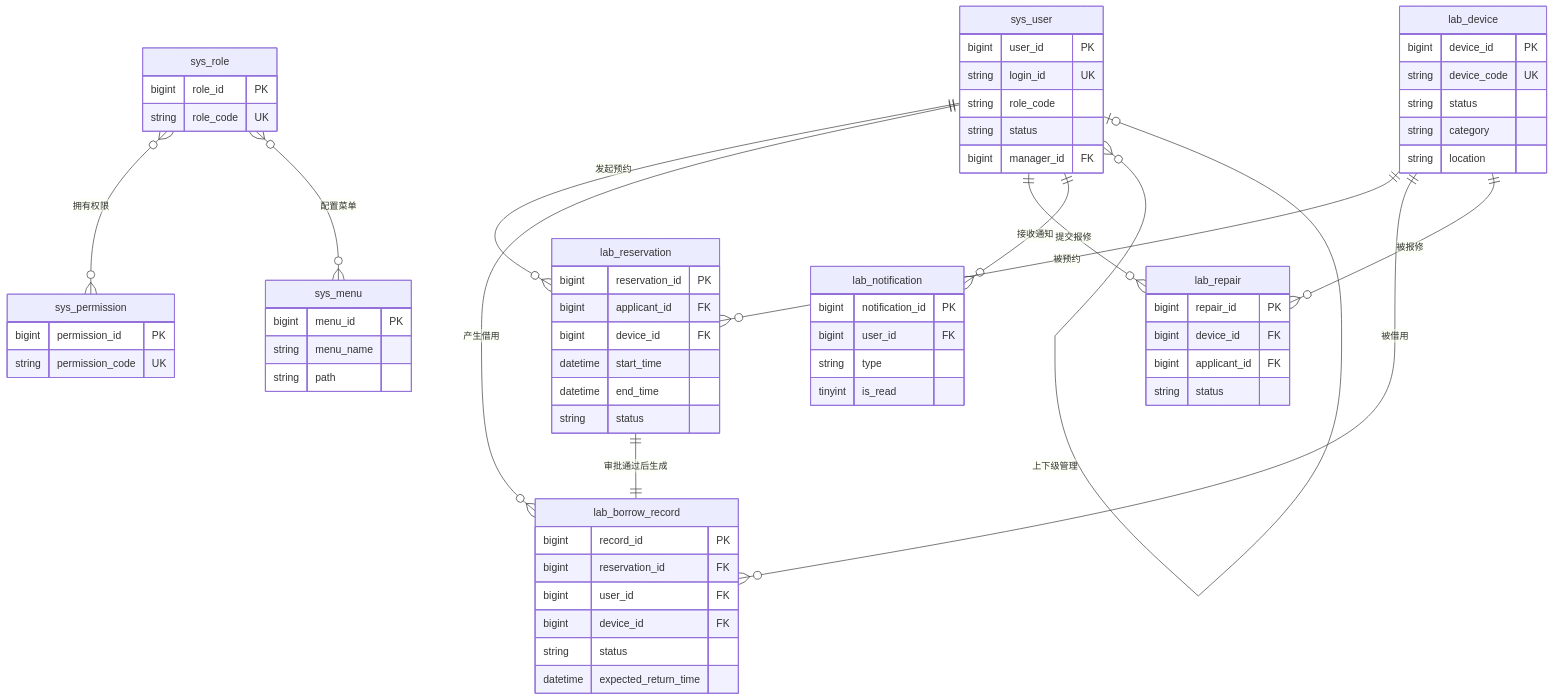
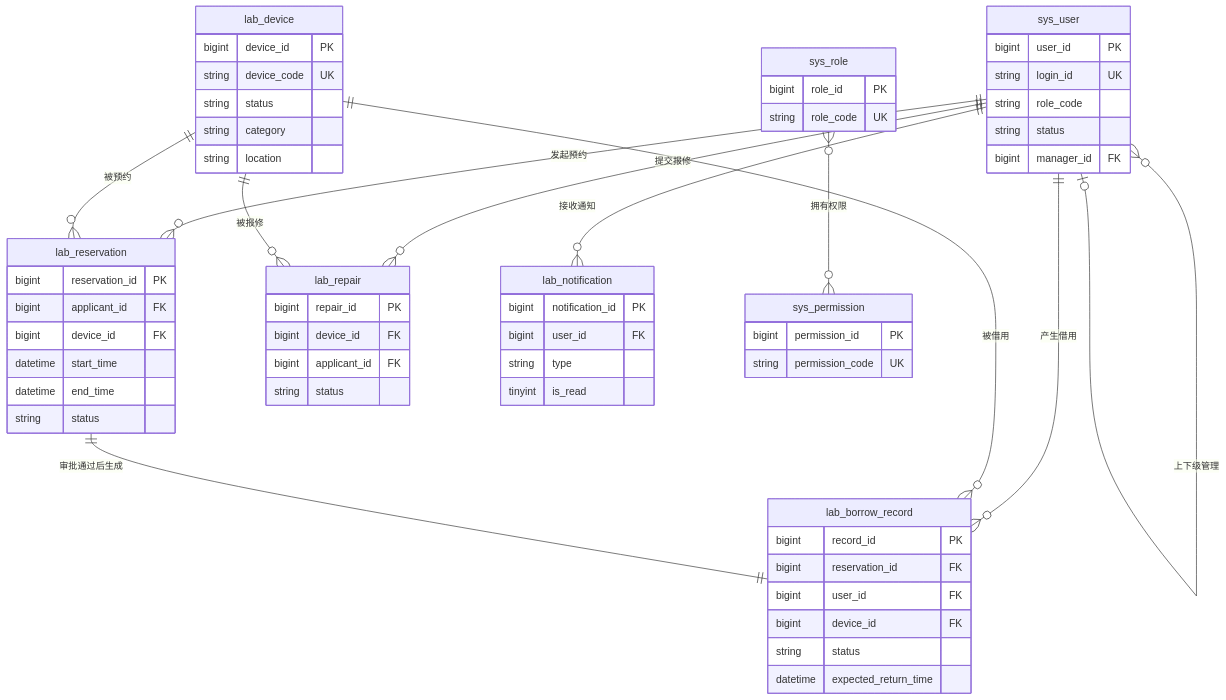
The fifth of 10 diagrams in md/thesis.md (moon-ic/ssm-lab-booking-system), drawn with Mermaid before and after one commit. The commit also changed other lines of this file and 12 other files, not shown here.

````diff
--- a/md/thesis.md
+++ b/md/thesis.md
@@ -553,73 +551,67 @@
 ```mermaid
 erDiagram
     sys_user ||--o{ lab_reservation : "发起预约"
     sys_user ||--o{ lab_borrow_record : "产生借用"
     sys_user ||--o{ lab_repair : "提交报修"
     sys_user ||--o{ lab_notification : "接收通知"
     sys_user }o--o| sys_user : "上下级管理"
 
     lab_device ||--o{ lab_reservation : "被预约"
     lab_device ||--o{ lab_borrow_record : "被借用"
     lab_device ||--o{ lab_repair : "被报修"
 
     lab_reservation ||--|| lab_borrow_record : "审批通过后生成"
 
     sys_role }o--o{ sys_permission : "拥有权限"
-    sys_role }o--o{ sys_menu : "配置菜单"
 
     sys_user {
         bigint user_id PK
         string login_id UK
         string role_code
         string status
         bigint manager_id FK
     }
     lab_device {
         bigint device_id PK
         string device_code UK
         string status
         string category
         string location
     }
     lab_reservation {
         bigint reservation_id PK
         bigint applicant_id FK
         bigint device_id FK
         datetime start_time
         datetime end_time
         string status
     }
     lab_borrow_record {
         bigint record_id PK
         bigint reservation_id FK
         bigint user_id FK
         bigint device_id FK
         string status
         datetime expected_return_time
     }
     lab_repair {
         bigint repair_id PK
         bigint device_id FK
         bigint applicant_id FK
         string status
     }
     lab_notification {
         bigint notification_id PK
         bigint user_id FK
         string type
         tinyint is_read
     }
     sys_role {
         bigint role_id PK
         string role_code UK
     }
     sys_permission {
         bigint permission_id PK
         string permission_code UK
     }
-    sys_menu {
-        bigint menu_id PK
-        string menu_name
-        string path
-    }
 ```
````
